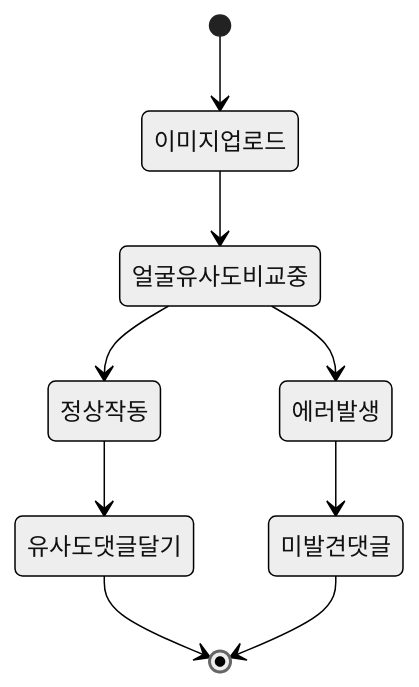
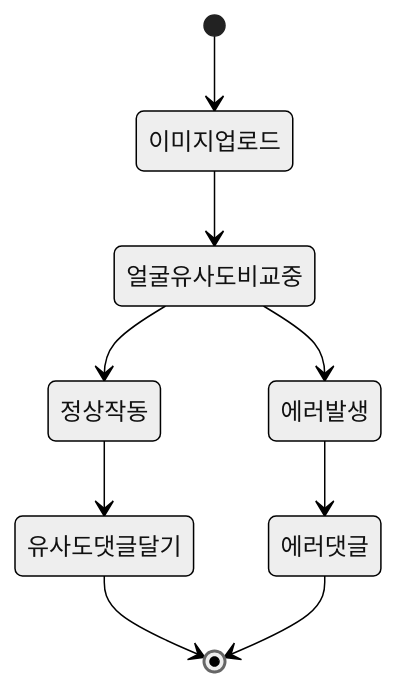
One commit to 0-CDOE/django_server changed the sixth of 13 diagrams in README.md. Above: the diagram before and after it, drawn with Mermaid (neutral theme). The commit also changed other lines of this file, not shown here.

````diff
--- a/README.md
+++ b/README.md
@@ -513,12 +513,12 @@
 ```mermaid
 stateDiagram-v2
     [*] --> 이미지업로드
     이미지업로드 --> 얼굴유사도비교중
     얼굴유사도비교중 --> 정상작동
     얼굴유사도비교중 --> 에러발생
     정상작동 --> 유사도댓글달기
-    에러발생 --> 미발견댓글
+    에러발생 --> 에러댓글
     유사도댓글달기 --> [*]
-    미발견댓글 --> [*]
+    에러댓글 --> [*]
 
 ```
````
